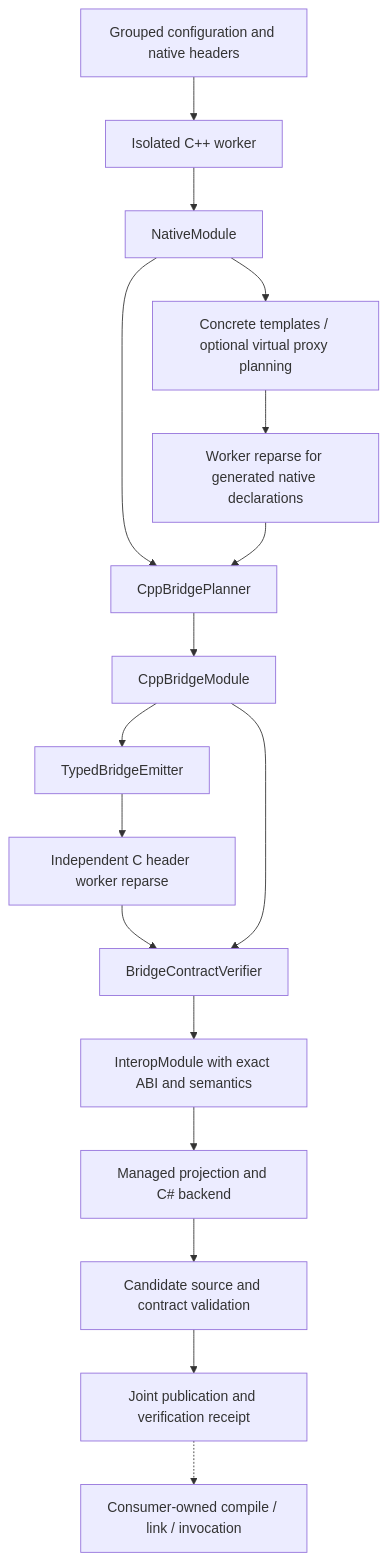
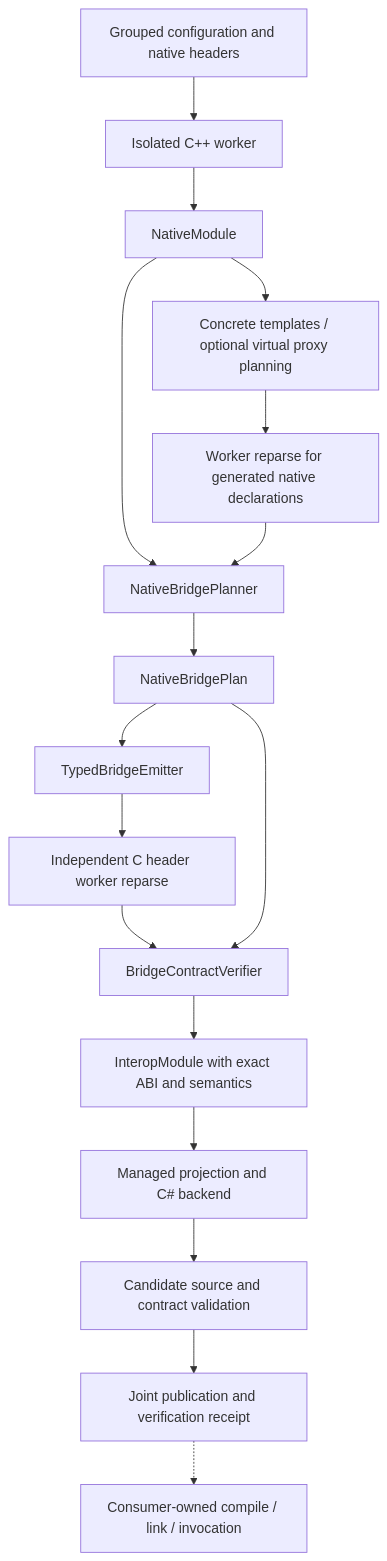
The diagram in docs/lowering.md (FLwolfy/BindGen-CS), drawn with Mermaid before and after one commit. The commit also changed other lines of this file and 1933 other files, not shown here.

````diff
--- a/docs/lowering.md
+++ b/docs/lowering.md
@@ -7,19 +7,19 @@
 ```mermaid
 flowchart TD
     Source["Grouped configuration and native headers"] --> Worker["Isolated C++ worker"]
     Worker --> Native["NativeModule"]
     Native --> Extra["Concrete templates / optional virtual proxy planning"]
     Extra --> Expanded["Worker reparse for generated native declarations"]
-    Native --> Plan["CppBridgePlanner"]
+    Native --> Plan["NativeBridgePlanner"]
     Expanded --> Plan
-    Plan --> Bridge["CppBridgeModule"]
+    Plan --> Bridge["NativeBridgePlan"]
     Bridge --> Emit["TypedBridgeEmitter"]
     Emit --> CWorker["Independent C header worker reparse"]
     CWorker --> Verify["BridgeContractVerifier"]
     Bridge --> Verify
     Verify --> Interop["InteropModule with exact ABI and semantics"]
     Interop --> Managed["Managed projection and C# backend"]
     Managed --> Candidate["Candidate source and contract validation"]
     Candidate --> Publish["Joint publication and verification receipt"]
     Publish -.-> Consumer["Consumer-owned compile / link / invocation"]
 ```
````
